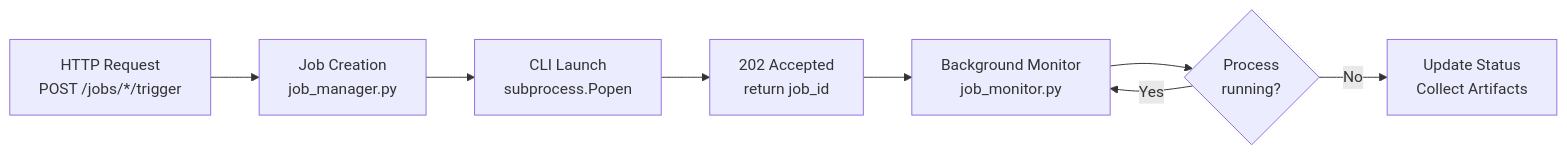
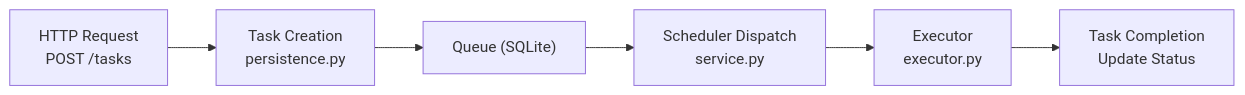
Before and after one commit to VinylStage/horror-story-generator: the tenth of 15 diagrams in docs/core/ARCHITECTURE.md, drawn with Mermaid. The commit also changed other lines of this file and 36 other files, not shown here.

First line of the commit message:
feat!: remove legacy trigger endpoints and CLI (#113, #114) (#139)

````diff
--- a/docs/core/ARCHITECTURE.md
+++ b/docs/core/ARCHITECTURE.md
@@ -603,10 +600,8 @@
 ```mermaid
 flowchart LR
-    A["HTTP Request<br/>POST /jobs/*/trigger"] --> B["Job Creation<br/>job_manager.py"]
-    B --> C["CLI Launch<br/>subprocess.Popen"]
-    C --> D["202 Accepted<br/>return job_id"]
-    D --> E["Background Monitor<br/>job_monitor.py"]
-    E --> F{"Process<br/>running?"}
-    F -->|Yes| E
-    F -->|No| G["Update Status<br/>Collect Artifacts"]
+    A["HTTP Request<br/>POST /tasks"] --> B["Task Creation<br/>persistence.py"]
+    B --> C["Queue (SQLite)"]
+    C --> D["Scheduler Dispatch<br/>service.py"]
+    D --> E["Executor<br/>executor.py"]
+    E --> F["Task Completion<br/>Update Status"]
 ```
````
